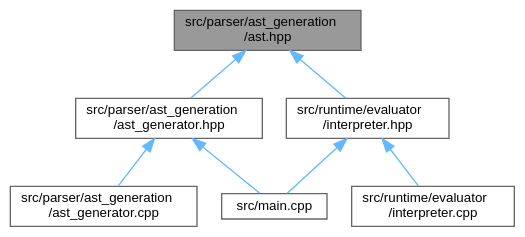
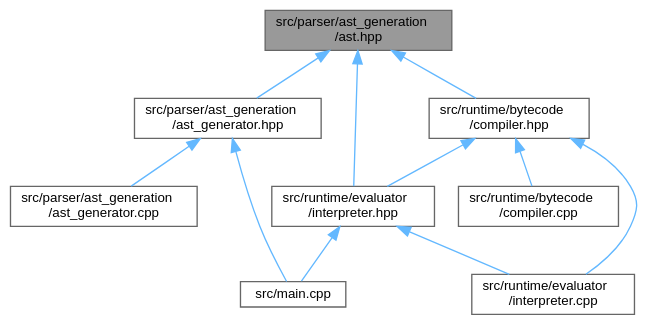
Before and after one commit to kejunp/kejunp.github.io: the diagram in pebbl/docs/ast_8hpp__dep__incl.dot, drawn with Graphviz. The commit also changed 238 other files, not shown here.

```diff
--- a/pebbl/docs/ast_8hpp__dep__incl.dot
+++ b/pebbl/docs/ast_8hpp__dep__incl.dot
@@ -1,19 +1,25 @@
 digraph "src/parser/ast_generation/ast.hpp"
 {
  // LATEX_PDF_SIZE
   bgcolor="transparent";
   edge [fontname=Helvetica,fontsize=10,labelfontname=Helvetica,labelfontsize=10];
   node [fontname=Helvetica,fontsize=10,shape=box,height=0.2,width=0.4];
   Node1 [id="Node000001",label="src/parser/ast_generation\l/ast.hpp",height=0.2,width=0.4,color="gray40", fillcolor="grey60", style="filled", fontcolor="black",tooltip="Abstract Syntax Tree node definitions for the PEBBL language."];
   Node1 -> Node2 [id="edge1_Node000001_Node000002",dir="back",color="steelblue1",style="solid",tooltip=" "];
   Node2 [id="Node000002",label="src/parser/ast_generation\l/ast_generator.hpp",height=0.2,width=0.4,color="grey40", fillcolor="white", style="filled",URL="$ast__generator_8hpp.html",tooltip="Recursive descent parser for generating Abstract Syntax Trees from tokens."];
   Node2 -> Node3 [id="edge2_Node000002_Node000003",dir="back",color="steelblue1",style="solid",tooltip=" "];
   Node3 [id="Node000003",label="src/main.cpp",height=0.2,width=0.4,color="grey40", fillcolor="white", style="filled",URL="$main_8cpp.html",tooltip="Main entry point for the PEBBL language interpreter."];
   Node2 -> Node4 [id="edge3_Node000002_Node000004",dir="back",color="steelblue1",style="solid",tooltip=" "];
   Node4 [id="Node000004",label="src/parser/ast_generation\l/ast_generator.cpp",height=0.2,width=0.4,color="grey40", fillcolor="white", style="filled",URL="$ast__generator_8cpp.html",tooltip="Implementation of the recursive descent parser for generating ASTs."];
   Node1 -> Node5 [id="edge4_Node000001_Node000005",dir="back",color="steelblue1",style="solid",tooltip=" "];
-  Node5 [id="Node000005",label="src/runtime/evaluator\l/interpreter.hpp",height=0.2,width=0.4,color="grey40", fillcolor="white", style="filled",URL="$interpreter_8hpp.html",tooltip="Main interpreter/evaluator for executing PEBBL AST."];
-  Node5 -> Node3 [id="edge5_Node000005_Node000003",dir="back",color="steelblue1",style="solid",tooltip=" "];
-  Node5 -> Node6 [id="edge6_Node000005_Node000006",dir="back",color="steelblue1",style="solid",tooltip=" "];
-  Node6 [id="Node000006",label="src/runtime/evaluator\l/interpreter.cpp",height=0.2,width=0.4,color="grey40", fillcolor="white", style="filled",URL="$interpreter_8cpp.html",tooltip="Implementation of the main interpreter."];
+  Node5 [id="Node000005",label="src/runtime/bytecode\l/compiler.hpp",height=0.2,width=0.4,color="grey40", fillcolor="white", style="filled",URL="$compiler_8hpp.html",tooltip="AST to bytecode compiler for the PEBBL language."];
+  Node5 -> Node6 [id="edge5_Node000005_Node000006",dir="back",color="steelblue1",style="solid",tooltip=" "];
+  Node6 [id="Node000006",label="src/runtime/bytecode\l/compiler.cpp",height=0.2,width=0.4,color="grey40", fillcolor="white", style="filled",URL="$compiler_8cpp.html",tooltip="Implementation of the AST to bytecode compiler."];
+  Node5 -> Node7 [id="edge6_Node000005_Node000007",dir="back",color="steelblue1",style="solid",tooltip=" "];
+  Node7 [id="Node000007",label="src/runtime/evaluator\l/interpreter.cpp",height=0.2,width=0.4,color="grey40", fillcolor="white", style="filled",URL="$interpreter_8cpp.html",tooltip="Implementation of the main interpreter."];
+  Node5 -> Node8 [id="edge7_Node000005_Node000008",dir="back",color="steelblue1",style="solid",tooltip=" "];
+  Node8 [id="Node000008",label="src/runtime/evaluator\l/interpreter.hpp",height=0.2,width=0.4,color="grey40", fillcolor="white", style="filled",URL="$interpreter_8hpp.html",tooltip="Main interpreter/evaluator for executing PEBBL AST."];
+  Node8 -> Node3 [id="edge8_Node000008_Node000003",dir="back",color="steelblue1",style="solid",tooltip=" "];
+  Node8 -> Node7 [id="edge9_Node000008_Node000007",dir="back",color="steelblue1",style="solid",tooltip=" "];
+  Node1 -> Node8 [id="edge10_Node000001_Node000008",dir="back",color="steelblue1",style="solid",tooltip=" "];
 }
```
